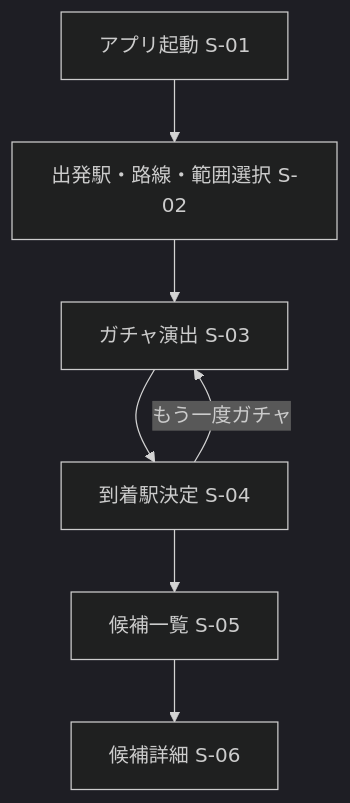
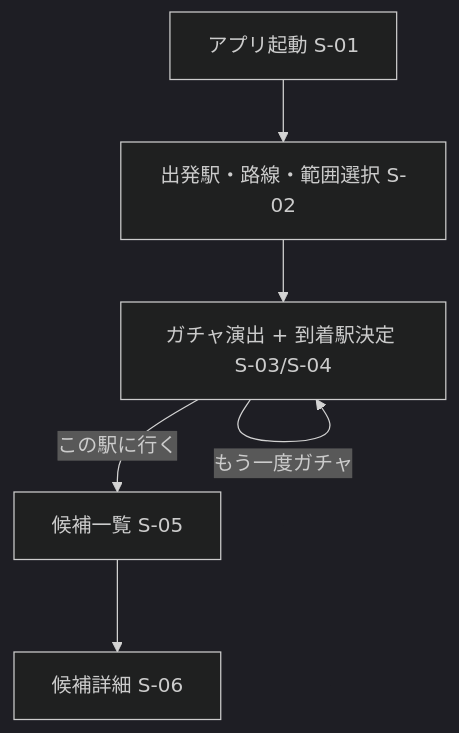
Before and after one commit to nakayu206/burari-date: the first of 3 diagrams in docs/全体設計書.md, drawn with Mermaid (dark theme). The commit also changed other lines of this file, not shown here.

````diff
--- a/docs/全体設計書.md
+++ b/docs/全体設計書.md
@@ -75,9 +76,8 @@
 ```mermaid
 flowchart TD
     A["アプリ起動 S-01"] --> B["出発駅・路線・範囲選択 S-02"]
-    B --> C["ガチャ演出 S-03"]
-    C --> D["到着駅決定 S-04"]
-    D --> E["候補一覧 S-05"]
+    B --> C["ガチャ演出 + 到着駅決定 S-03/S-04"]
+    C -- "この駅に行く" --> E["候補一覧 S-05"]
     E --> F["候補詳細 S-06"]
-    D -- "もう一度ガチャ" --> C
+    C -- "もう一度ガチャ" --> C
 ```
````
